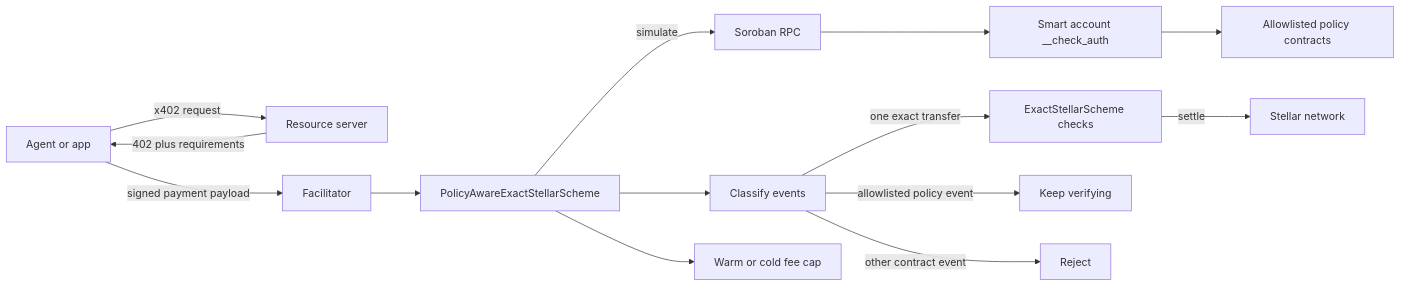
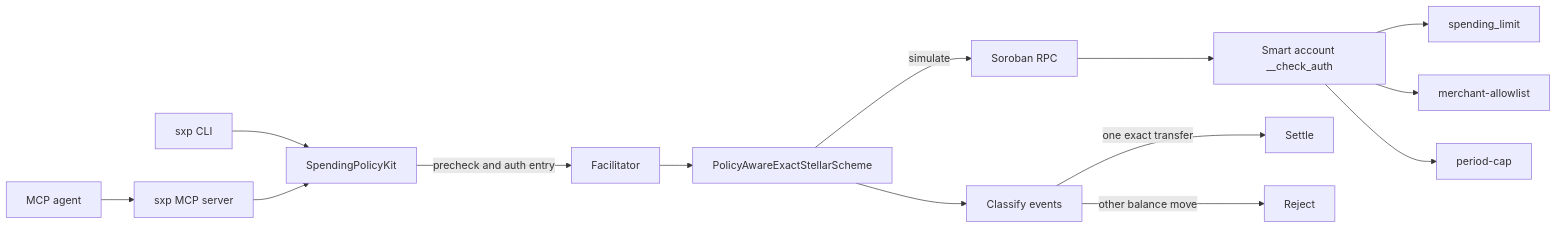
The diagram in README.md (JoseCToscano/stellar-x402-policies), drawn with Mermaid before and after one commit. The commit also changed other lines of this file and 30 other files, not shown here.

First line of the commit message:
Add the sxp inspector and kit testnet demo (#6)

````diff
--- a/README.md
+++ b/README.md
@@ -21,16 +21,16 @@
 ```mermaid
 flowchart LR
-  A[Agent or app] -->|x402 request| R[Resource server]
-  R -->|402 plus requirements| A
-  A -->|signed payment payload| F[Facilitator]
+  Agent[MCP agent] --> MCP[sxp MCP server]
+  CLI[sxp CLI] --> SDK[SpendingPolicyKit]
+  MCP --> SDK
+  SDK -->|precheck and auth entry| F[Facilitator]
   F --> P[PolicyAwareExactStellarScheme]
   P -->|simulate| RPC[Soroban RPC]
   RPC --> SA[Smart account __check_auth]
-  SA --> POL[Allowlisted policy contracts]
+  SA --> SL[spending_limit]
+  SA --> MA[merchant-allowlist]
+  SA --> PC[period-cap]
   P --> C[Classify events]
-  C -->|one exact transfer| REF[ExactStellarScheme checks]
-  C -->|allowlisted policy event| OK[Keep verifying]
-  C -->|other contract event| REJ[Reject]
-  P --> FEE[Warm or cold fee cap]
-  REF -->|settle| NET[Stellar network]
+  C -->|one exact transfer| OK[Settle]
+  C -->|other balance move| REJ[Reject]
 ```
````
